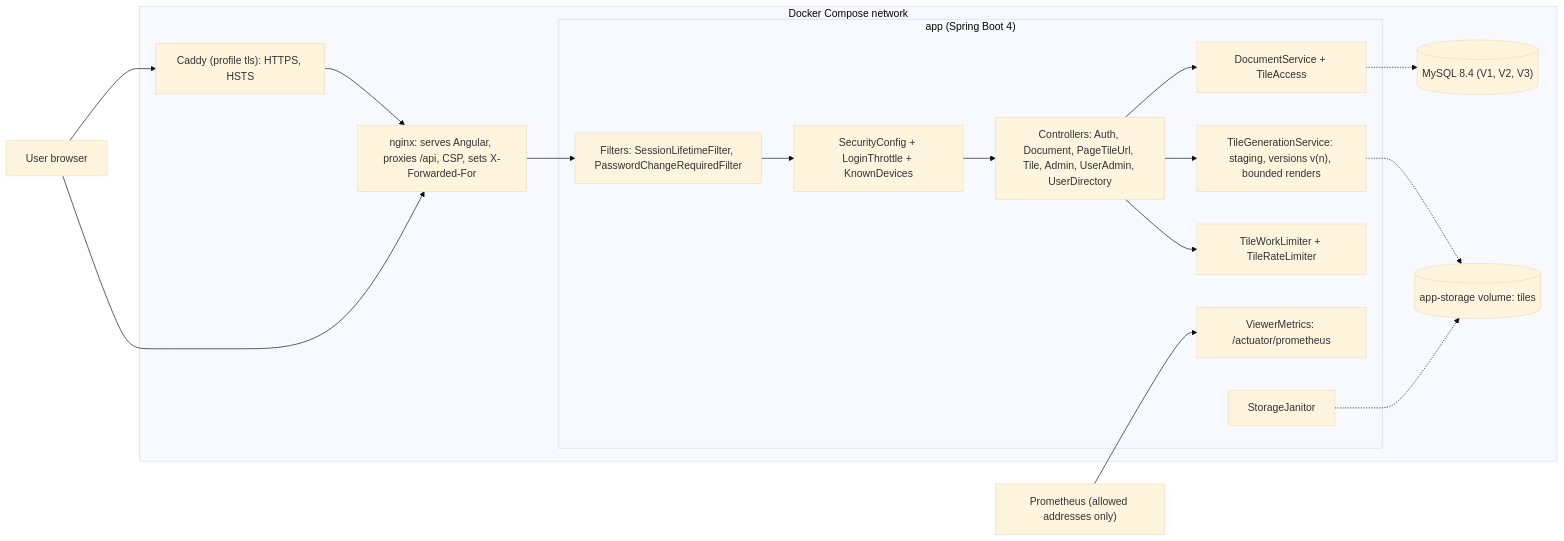
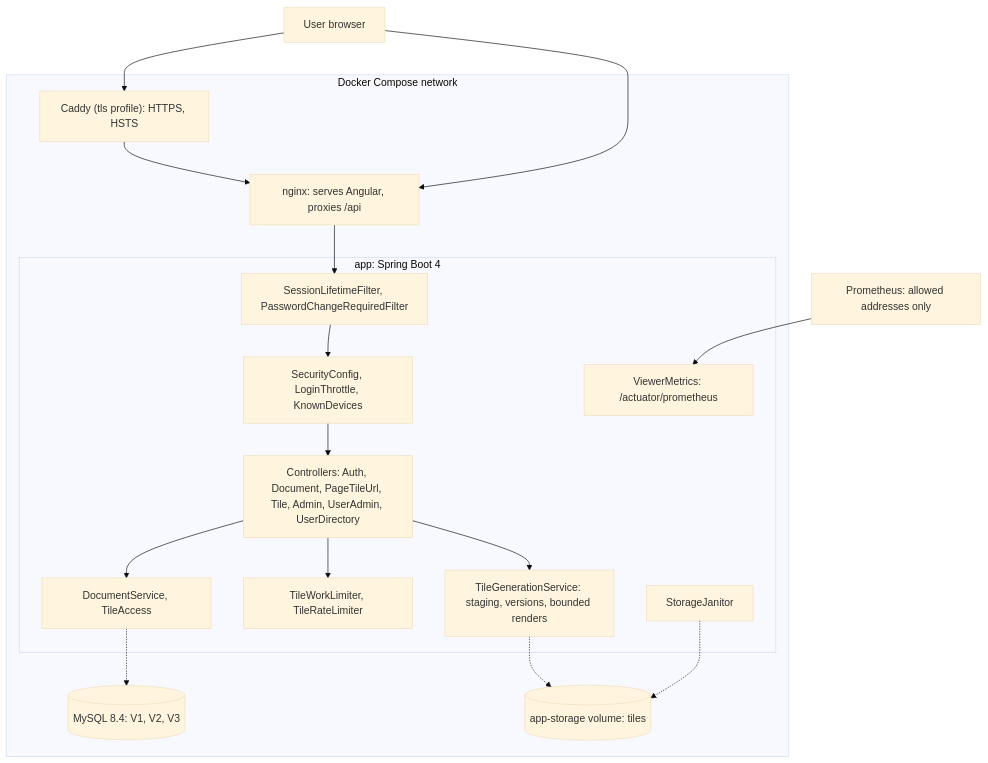
Before and after one commit to Sriram-Codes-SW/secure-doc-viewer: the diagram in book/blueprints/v5-platform.md, drawn with Mermaid (base theme). The commit also changed 31 other files, not shown here.

Commit message:
Book: interior layout design, diagram restructuring for print size, mermaid config, measure helper

````diff
--- a/book/blueprints/v5-platform.md
+++ b/book/blueprints/v5-platform.md
@@ -5,30 +5,31 @@
 ```mermaid
-flowchart LR
+flowchart TB
     U["User browser"]
+    PR["Prometheus: allowed addresses only"]
     subgraph Compose["Docker Compose network"]
-        CD["Caddy (profile tls): HTTPS, HSTS"]
-        NG["nginx: serves Angular, proxies /api, CSP, sets X-Forwarded-For"]
-        subgraph APP["app (Spring Boot 4)"]
-            F["Filters: SessionLifetimeFilter, PasswordChangeRequiredFilter"]
-            SEC["SecurityConfig + LoginThrottle + KnownDevices"]
+        CD["Caddy (tls profile): HTTPS, HSTS"]
+        NG["nginx: serves Angular, proxies /api"]
+        subgraph APP["app: Spring Boot 4"]
+            F["SessionLifetimeFilter, PasswordChangeRequiredFilter"]
+            SEC["SecurityConfig, LoginThrottle, KnownDevices"]
             C["Controllers: Auth, Document, PageTileUrl, Tile, Admin, UserAdmin, UserDirectory"]
-            DS["DocumentService + TileAccess"]
-            TG["TileGenerationService: staging, versions v(n), bounded renders"]
-            TW["TileWorkLimiter + TileRateLimiter"]
+            DS["DocumentService, TileAccess"]
+            TW["TileWorkLimiter, TileRateLimiter"]
+            TG["TileGenerationService: staging, versions, bounded renders"]
             VM["ViewerMetrics: /actuator/prometheus"]
             SJ["StorageJanitor"]
         end
-        M[("MySQL 8.4 (V1, V2, V3)")]
+        M[("MySQL 8.4: V1, V2, V3")]
         ST[("app-storage volume: tiles")]
     end
-    PR["Prometheus (allowed addresses only)"]
     U --> CD --> NG --> F --> SEC --> C
     U --> NG
     C --> DS
     C --> TW
+    C --> TG
     DS -.-> M
-    C --> TG
     TG -.-> ST
     SJ -.-> ST
     PR --> VM
+    F ~~~ VM
 ```
````
